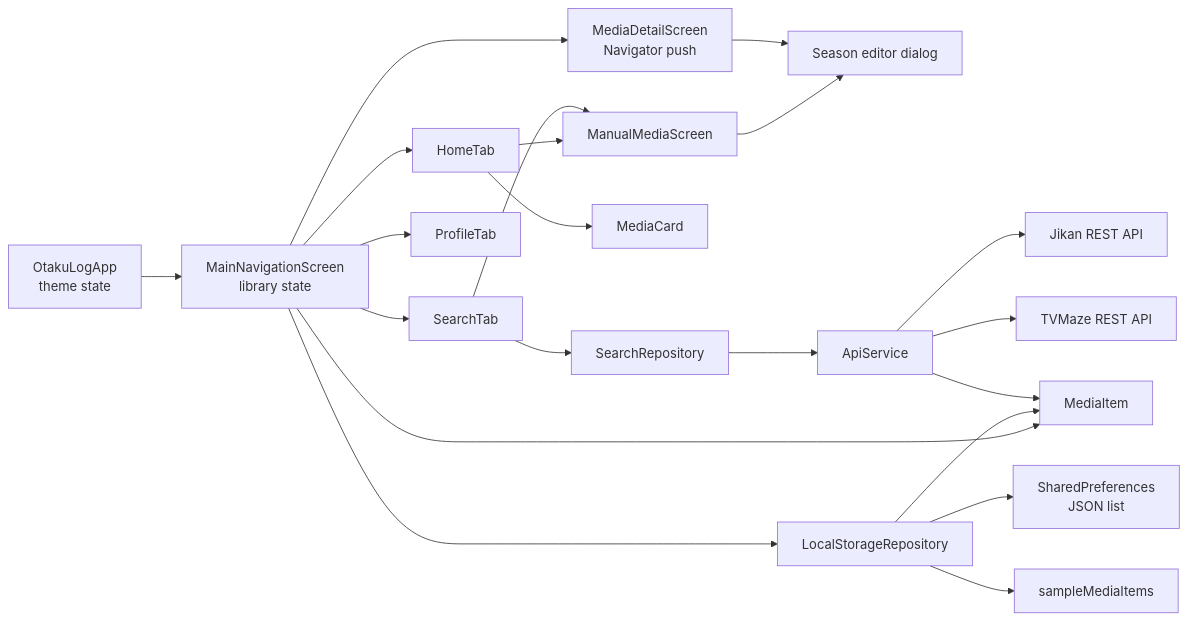
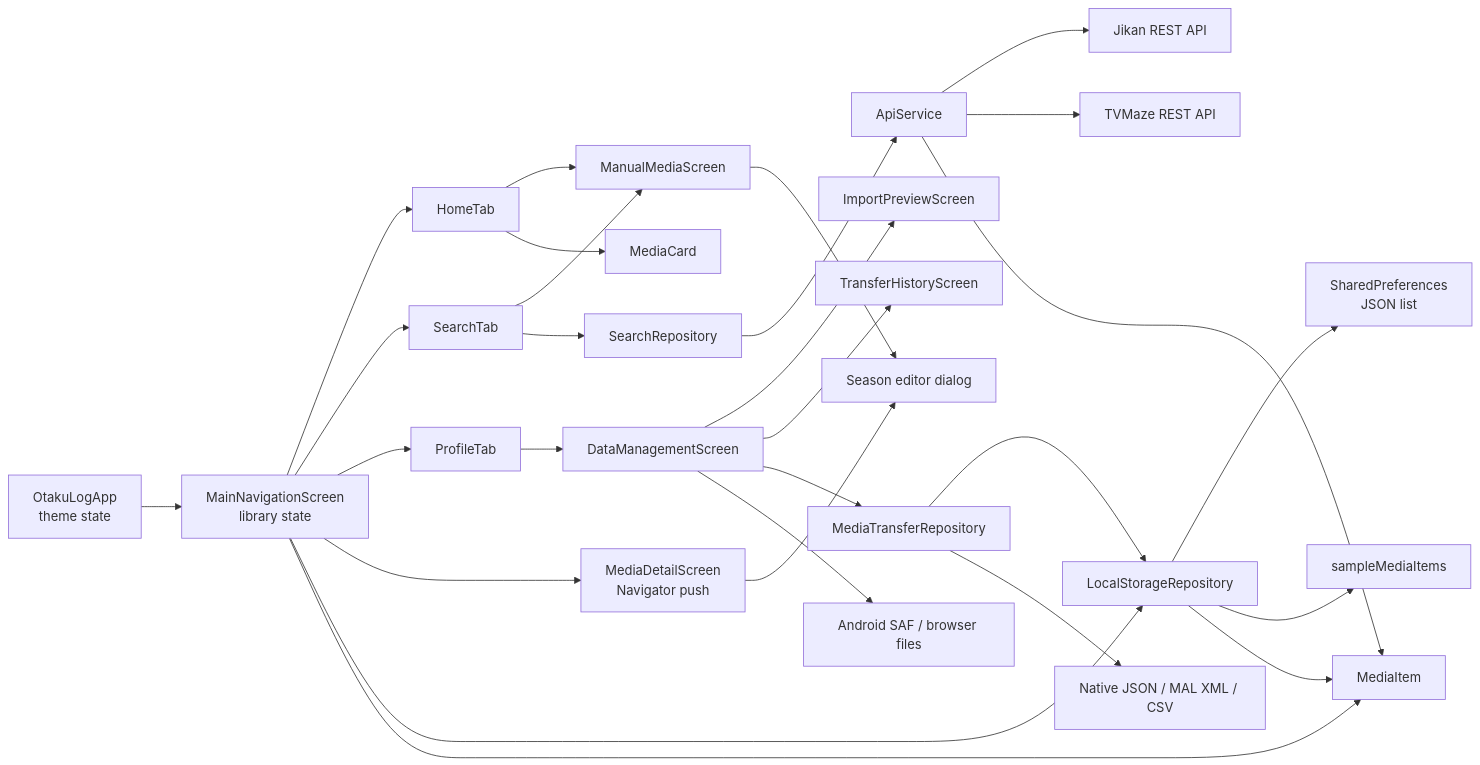
Before and after one commit to younes-qasempour/Episode: the first of 2 diagrams in docs/ARCHITECTURE.md, drawn with Mermaid. The commit also changed other lines of this file and 124 other files, not shown here.

First line of the commit message:
Add comprehensive tests for CSV export, data management, and MAL XML import/export functionality

````diff
--- a/docs/ARCHITECTURE.md
+++ b/docs/ARCHITECTURE.md
@@ -11,23 +11,30 @@
 ```mermaid
 flowchart LR
     App["OtakuLogApp<br/>theme state"] --> Shell["MainNavigationScreen<br/>library state"]
     Shell --> Home["HomeTab"]
     Shell --> Explore["SearchTab"]
     Explore --> Manual["ManualMediaScreen"]
     Home --> Manual
     Shell --> Profile["ProfileTab"]
+    Profile --> DataScreen["DataManagementScreen"]
+    DataScreen --> Preview["ImportPreviewScreen"]
+    DataScreen --> History["TransferHistoryScreen"]
     Shell --> Detail["MediaDetailScreen<br/>Navigator push"]
     Detail --> SeasonEditor["Season editor dialog"]
     Manual --> SeasonEditor
     Home --> Card["MediaCard"]
     Shell --> LocalRepo["LocalStorageRepository"]
+    DataScreen --> TransferRepo["MediaTransferRepository"]
+    TransferRepo --> LocalRepo
+    TransferRepo --> Formats["Native JSON / MAL XML / CSV"]
+    DataScreen --> Files["Android SAF / browser files"]
     Explore --> SearchRepo["SearchRepository"]
     SearchRepo --> API["ApiService"]
     API --> Jikan["Jikan REST API"]
     API --> TVMaze["TVMaze REST API"]
     LocalRepo --> Prefs["SharedPreferences<br/>JSON list"]
     LocalRepo --> Seed["sampleMediaItems"]
     API --> Model["MediaItem"]
     LocalRepo --> Model
     Shell --> Model
 ```
````
